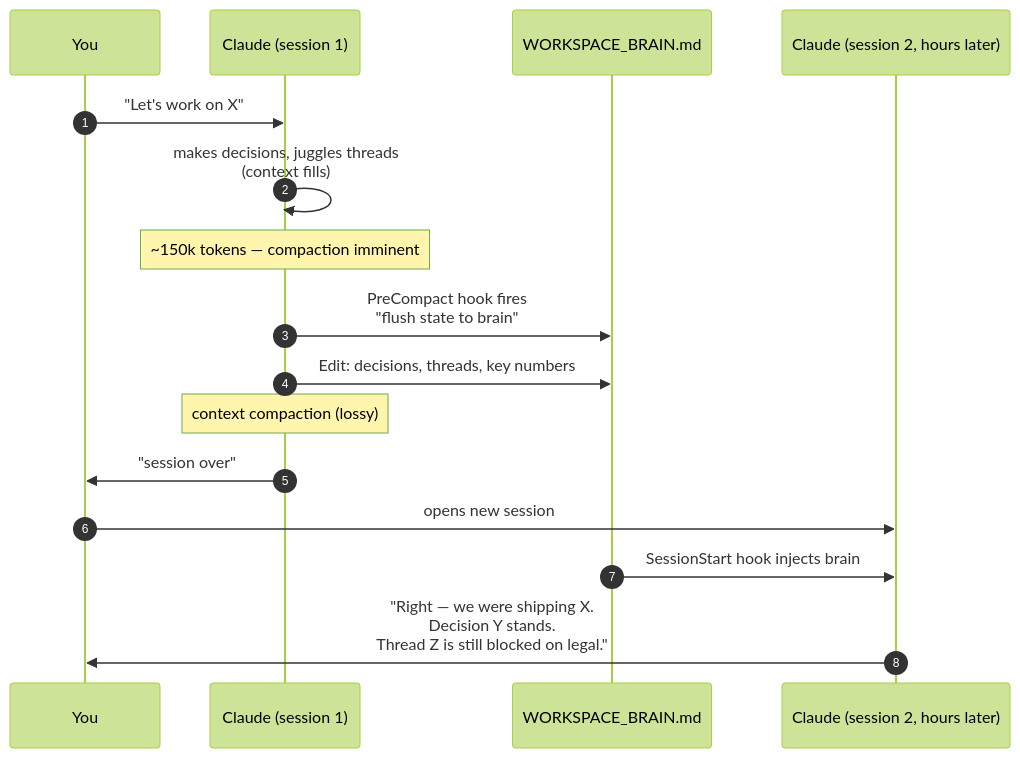
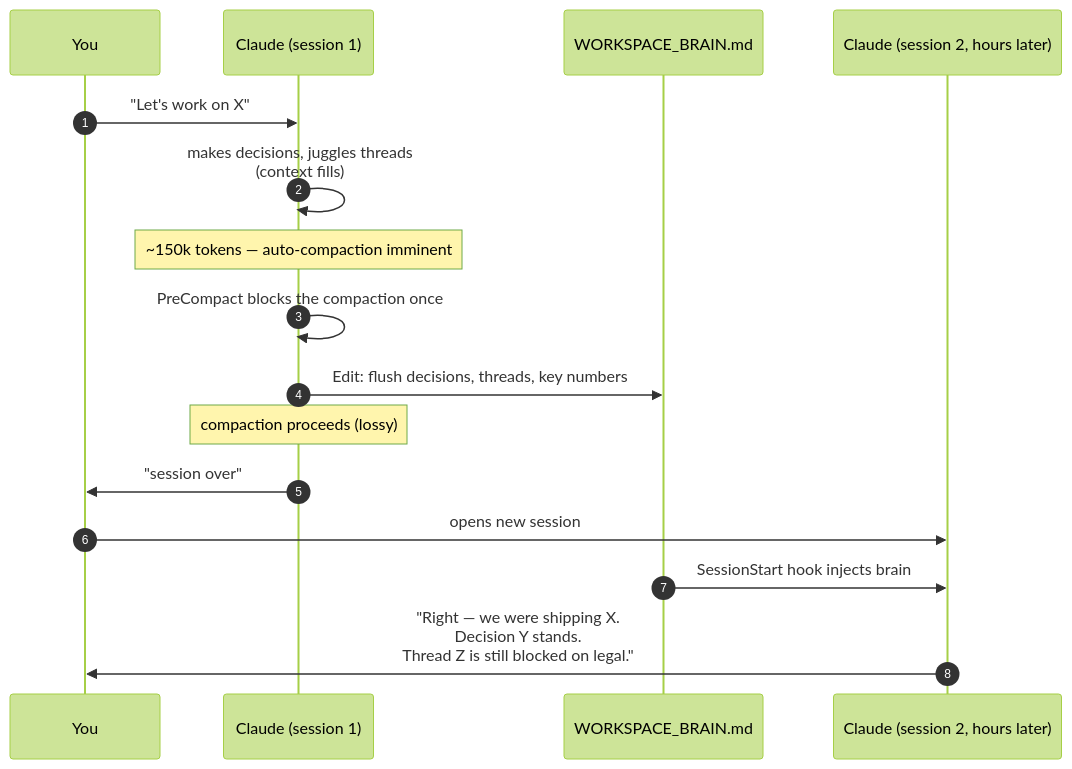
Before and after one commit to jim4226/claude-workspace-brain: the diagram in README.md, drawn with Mermaid (forest theme). The commit also changed other lines of this file and 10 other files, not shown here.

````diff
--- a/README.md
+++ b/README.md
@@ -31,20 +31,20 @@
 ```mermaid
 sequenceDiagram
     autonumber
     participant You
     participant Session1 as Claude (session 1)
     participant Brain as WORKSPACE_BRAIN.md
     participant Session2 as Claude (session 2, hours later)
 
     You->>Session1: "Let's work on X"
     Session1->>Session1: makes decisions, juggles threads<br/>(context fills)
-    Note over Session1: ~150k tokens — compaction imminent
-    Session1->>Brain: PreCompact hook fires<br/>"flush state to brain"
-    Session1->>Brain: Edit: decisions, threads, key numbers
-    Note over Session1: context compaction (lossy)
+    Note over Session1: ~150k tokens — auto-compaction imminent
+    Session1->>Session1: PreCompact blocks the compaction once
+    Session1->>Brain: Edit: flush decisions, threads, key numbers
+    Note over Session1: compaction proceeds (lossy)
     Session1->>You: "session over"
 
     You->>Session2: opens new session
     Brain->>Session2: SessionStart hook injects brain
     Session2->>You: "Right — we were shipping X.<br/>Decision Y stands.<br/>Thread Z is still blocked on legal."
 ```
````
